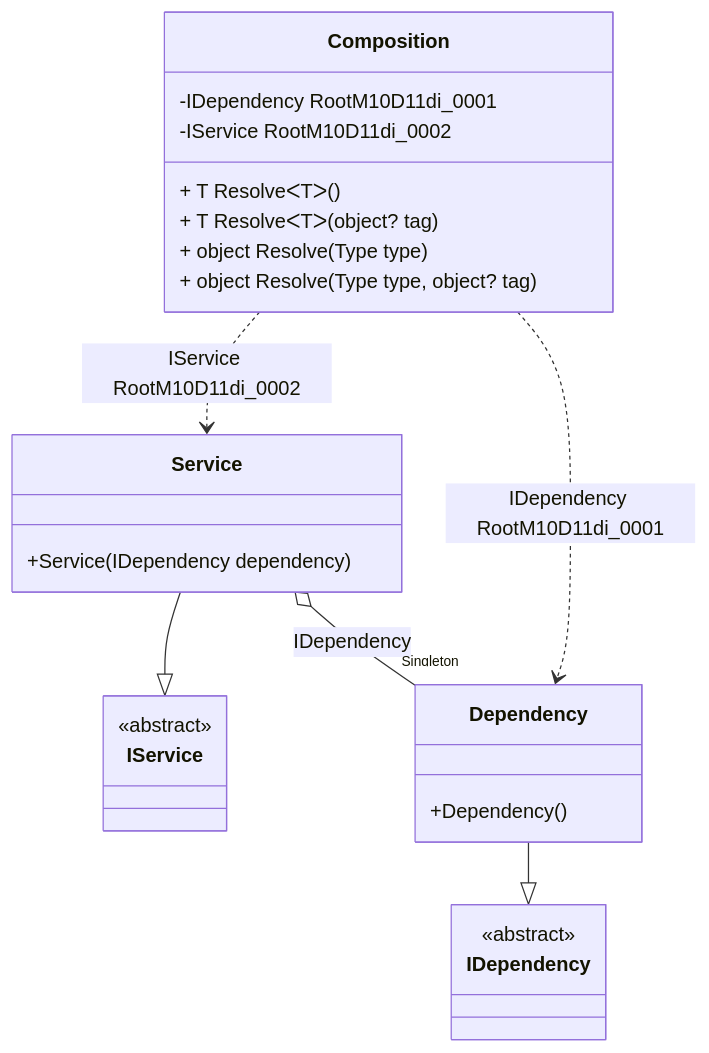
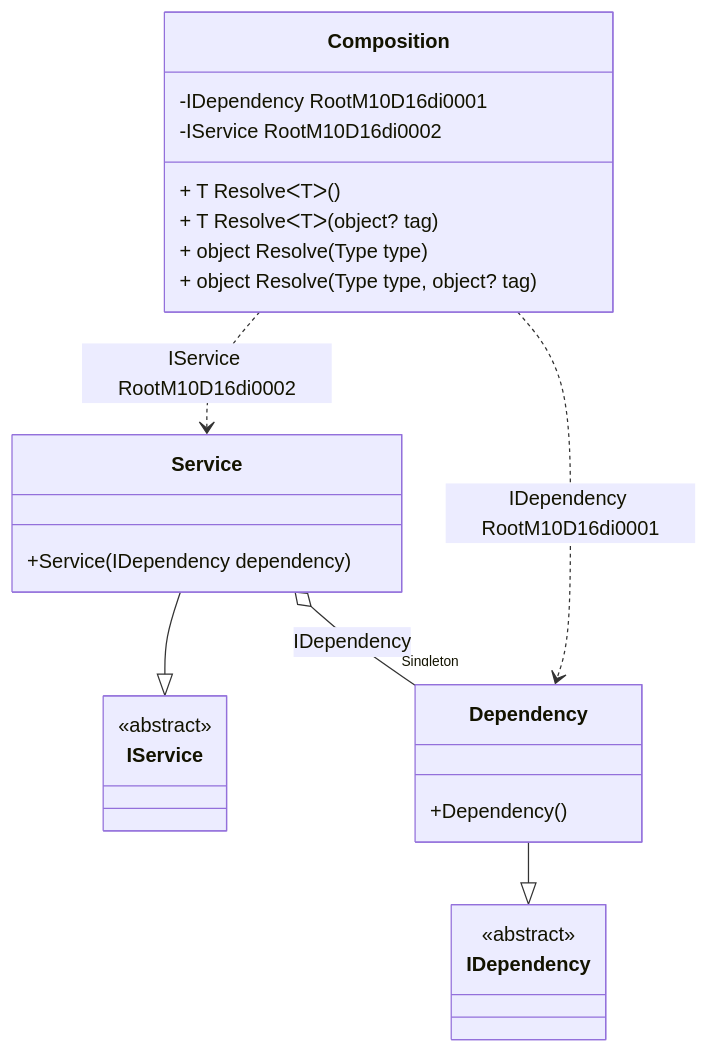
One commit to DevTeam/Pure.DI changed the diagram in readme/service-collection.md. Above: the diagram before and after it, drawn with Mermaid. The commit also changed other lines of this file and 65 other files, not shown here.

````diff
--- a/readme/service-collection.md
+++ b/readme/service-collection.md
@@ -70,28 +70,28 @@
 ```mermaid
 classDiagram
   class Composition {
-    -IDependency RootM10D11di_0001
-    -IService RootM10D11di_0002
+    -IDependency RootM10D16di0001
+    -IService RootM10D16di0002
     + T ResolveᐸTᐳ()
     + T ResolveᐸTᐳ(object? tag)
     + object Resolve(Type type)
     + object Resolve(Type type, object? tag)
   }
   Service --|> IService : 
   class Service {
     +Service(IDependency dependency)
   }
   Dependency --|> IDependency : 
   class Dependency {
     +Dependency()
   }
   class IService {
     <<abstract>>
   }
   class IDependency {
     <<abstract>>
   }
   Service o--  "Singleton" Dependency : IDependency
-  Composition ..> Dependency : IDependency RootM10D11di_0001
-  Composition ..> Service : IService RootM10D11di_0002
+  Composition ..> Dependency : IDependency RootM10D16di0001
+  Composition ..> Service : IService RootM10D16di0002
 ```
````
